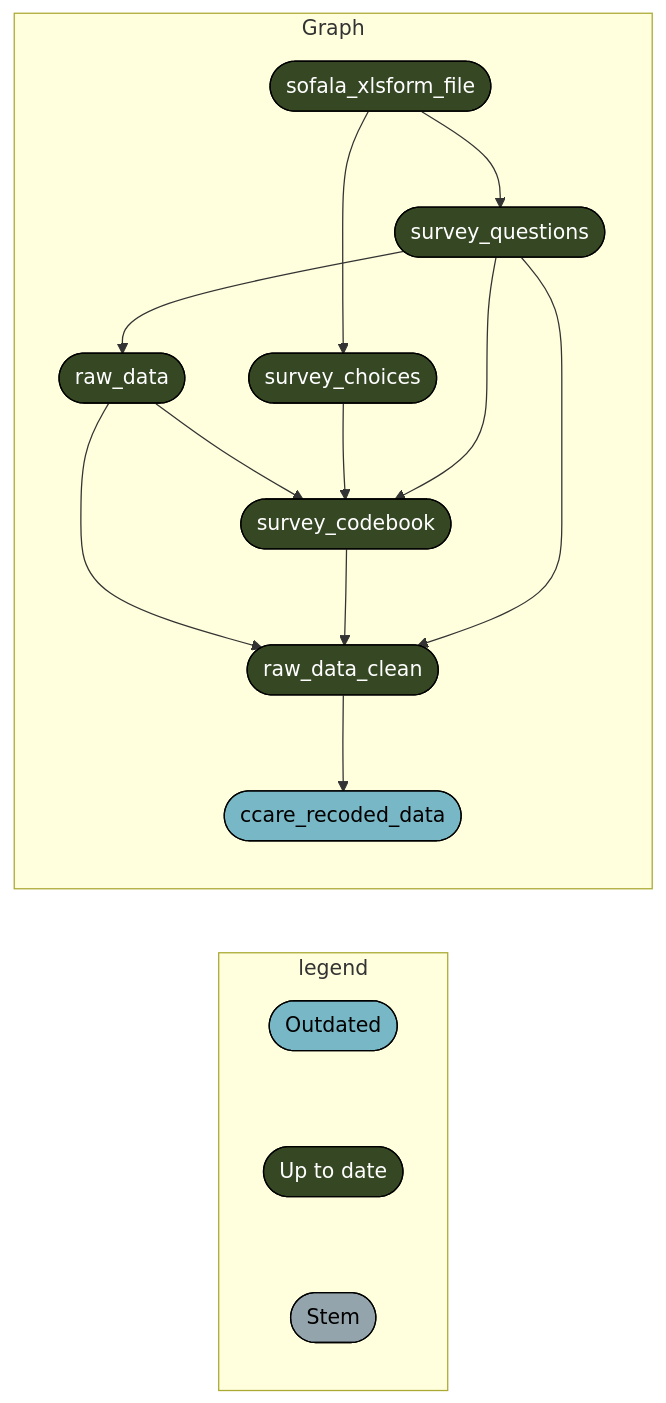
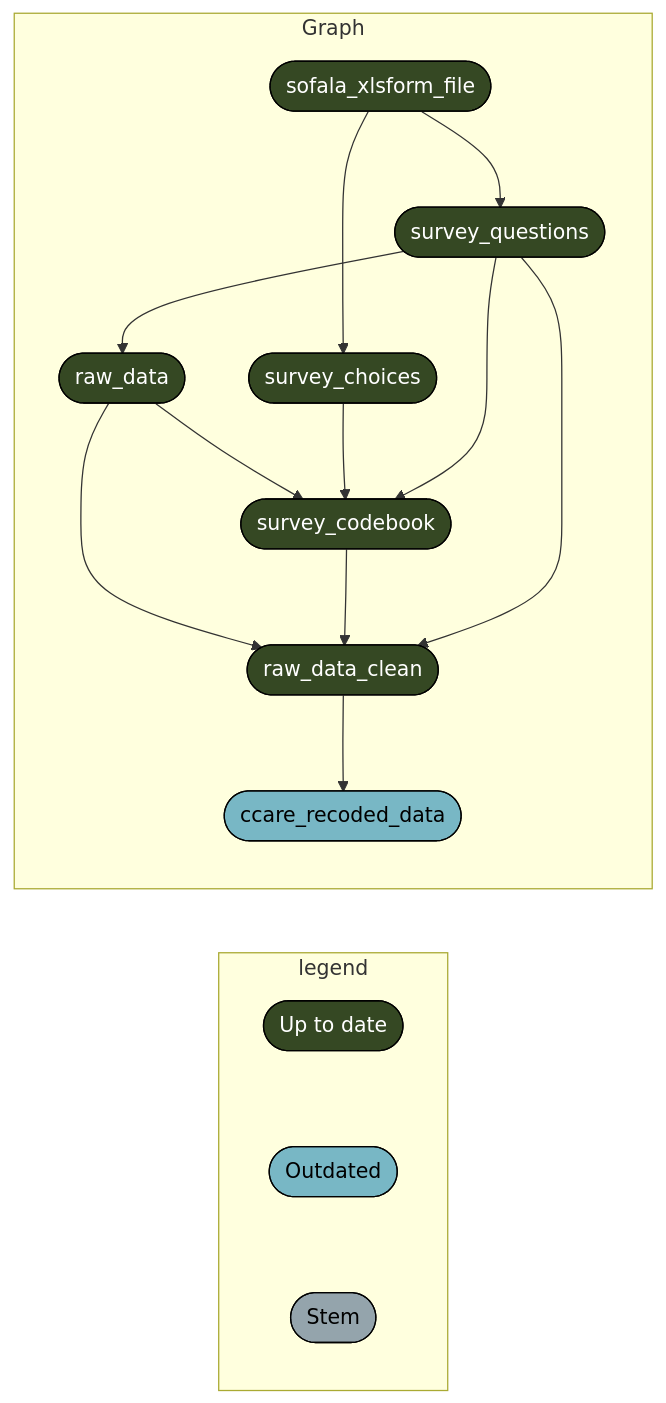
The fourth of 5 diagrams in README.md (katilingban/mozambique-s3m), drawn with Mermaid before and after one commit. The commit also changed other lines of this file and 5 other files, not shown here.

````diff
--- a/README.md
+++ b/README.md
@@ -127,24 +125,24 @@
 ``` mermaid
 graph LR
   subgraph legend
-    x0a52b03877696646([""Outdated""]):::outdated --- x7420bd9270f8d27d([""Up to date""]):::uptodate
-    x7420bd9270f8d27d([""Up to date""]):::uptodate --- xbf4603d6c2c2ad6b([""Stem""]):::none
+    x7420bd9270f8d27d([""Up to date""]):::uptodate --- x0a52b03877696646([""Outdated""]):::outdated
+    x0a52b03877696646([""Outdated""]):::outdated --- xbf4603d6c2c2ad6b([""Stem""]):::none
   end
   subgraph Graph
+    x52eeb21c389d52d8(["sofala_xlsform_file"]):::uptodate --> x0c65864d89dfd824(["survey_questions"]):::uptodate
+    x09e58614f2343db8(["raw_data_clean"]):::uptodate --> x3c8b244f6e4168fe(["ccare_recoded_data"]):::outdated
     x136e4e85e6851637(["raw_data"]):::uptodate --> xfcfc1959dbba8ed3(["survey_codebook"]):::uptodate
     x5aed27afbde18e19(["survey_choices"]):::uptodate --> xfcfc1959dbba8ed3(["survey_codebook"]):::uptodate
     x0c65864d89dfd824(["survey_questions"]):::uptodate --> xfcfc1959dbba8ed3(["survey_codebook"]):::uptodate
-    x0c65864d89dfd824(["survey_questions"]):::uptodate --> x136e4e85e6851637(["raw_data"]):::uptodate
-    x09e58614f2343db8(["raw_data_clean"]):::uptodate --> x3c8b244f6e4168fe(["ccare_recoded_data"]):::outdated
     x136e4e85e6851637(["raw_data"]):::uptodate --> x09e58614f2343db8(["raw_data_clean"]):::uptodate
     xfcfc1959dbba8ed3(["survey_codebook"]):::uptodate --> x09e58614f2343db8(["raw_data_clean"]):::uptodate
     x0c65864d89dfd824(["survey_questions"]):::uptodate --> x09e58614f2343db8(["raw_data_clean"]):::uptodate
-    x52eeb21c389d52d8(["sofala_xlsform_file"]):::uptodate --> x0c65864d89dfd824(["survey_questions"]):::uptodate
     x52eeb21c389d52d8(["sofala_xlsform_file"]):::uptodate --> x5aed27afbde18e19(["survey_choices"]):::uptodate
+    x0c65864d89dfd824(["survey_questions"]):::uptodate --> x136e4e85e6851637(["raw_data"]):::uptodate
   end
+  classDef uptodate stroke:#000000,color:#ffffff,fill:#354823;
   classDef outdated stroke:#000000,color:#000000,fill:#78B7C5;
-  classDef uptodate stroke:#000000,color:#ffffff,fill:#354823;
   classDef none stroke:#000000,color:#000000,fill:#94a4ac;
   linkStyle 0 stroke-width:0px;
   linkStyle 1 stroke-width:0px;
 ```
````
